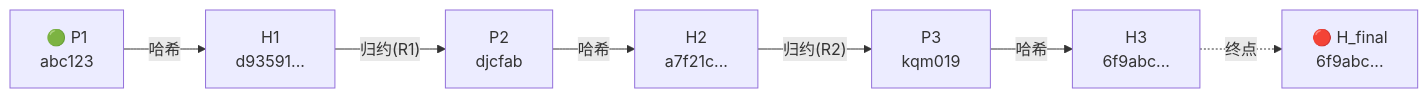
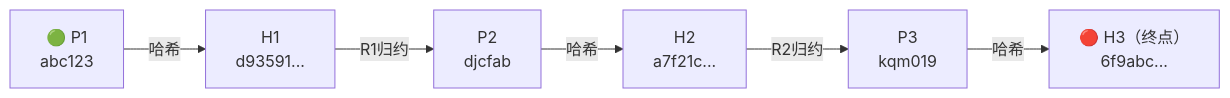
Before and after one commit to luohuidong/auth-tutorial: the fourth of 6 diagrams in docs/password-security.md, drawn with Mermaid. The commit also changed other lines of this file and 5 other files, not shown here.

````diff
--- a/docs/password-security.md
+++ b/docs/password-security.md
@@ -243,9 +243,8 @@
 ```mermaid
 flowchart LR
     P1["🟢 P1<br/>abc123"] --哈希--> H1["H1<br/>d93591..."]
-    H1 --归约(R1)--> P2["P2<br/>djcfab"]
+    H1 --R1归约--> P2["P2<br/>djcfab"]
     P2 --哈希--> H2["H2<br/>a7f21c..."]
-    H2 --归约(R2)--> P3["P3<br/>kqm019"]
-    P3 --哈希--> H3["H3<br/>6f9abc..."]
-    H3 -.->|"终点"| H_final["🔴 H_final<br/>6f9abc..."]
+    H2 --R2归约--> P3["P3<br/>kqm019"]
+    P3 --哈希--> H3["🔴 H3（终点）<br/>6f9abc..."]
 ```
````
